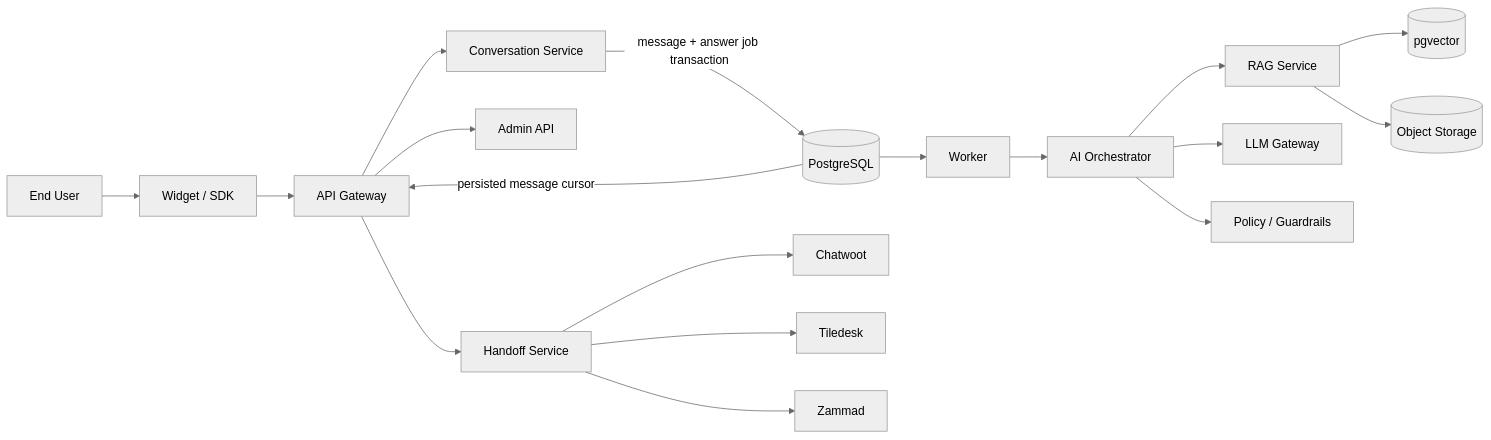
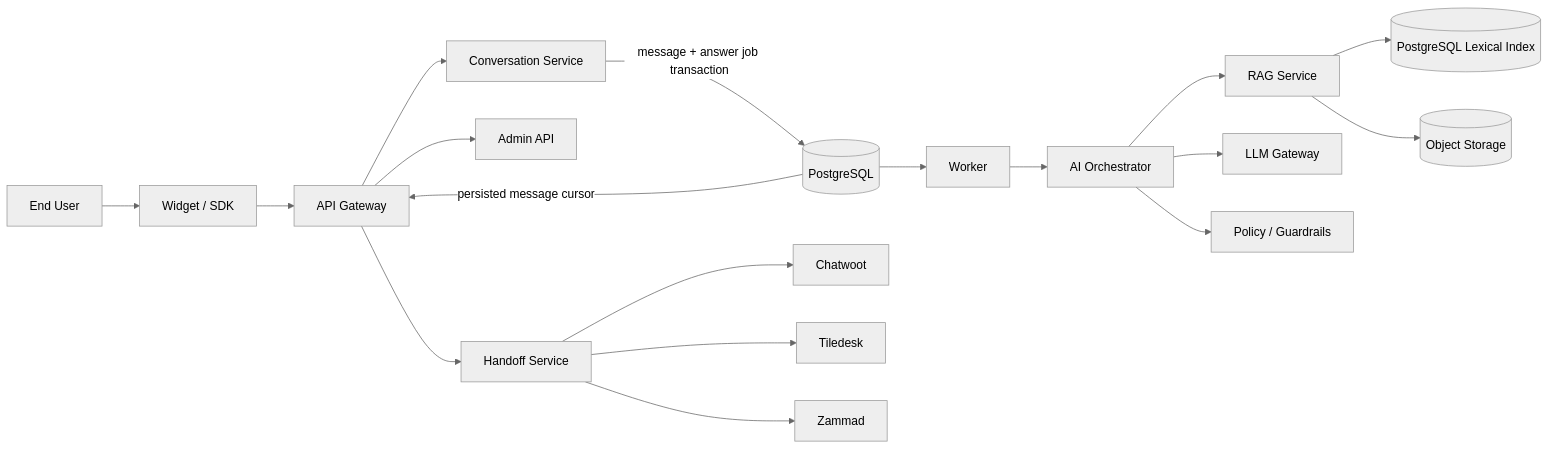
The first of 5 diagrams in docs/ARCHITECTURE.zh-CN.md (HiClawBot/OpenSupportAI), drawn with Mermaid (neutral theme) before and after one commit. The commit also changed other lines of this file and 22 other files, not shown here.

Commit message:
Add bounded PostgreSQL lexical retrieval (#6)

````diff
--- a/docs/ARCHITECTURE.zh-CN.md
+++ b/docs/ARCHITECTURE.zh-CN.md
@@ -23,20 +23,20 @@
 ```mermaid
 flowchart LR
   U[End User] --> W[Widget / SDK]
   W --> API[API Gateway]
   API --> C[Conversation Service]
   C -->|message + answer job transaction| DB[(PostgreSQL)]
   DB --> WK[Worker]
   WK --> AI[AI Orchestrator]
   API --> A[Admin API]
   AI --> R[RAG Service]
   AI --> L[LLM Gateway]
   AI --> P[Policy / Guardrails]
   API --> H[Handoff Service]
   H --> CW[Chatwoot]
   H --> TD[Tiledesk]
   H --> ZA[Zammad]
-  R --> V[(pgvector)]
+  R --> V[(PostgreSQL Lexical Index)]
   DB -->|persisted message cursor| API
   R --> S[(Object Storage)]
 ```
````
